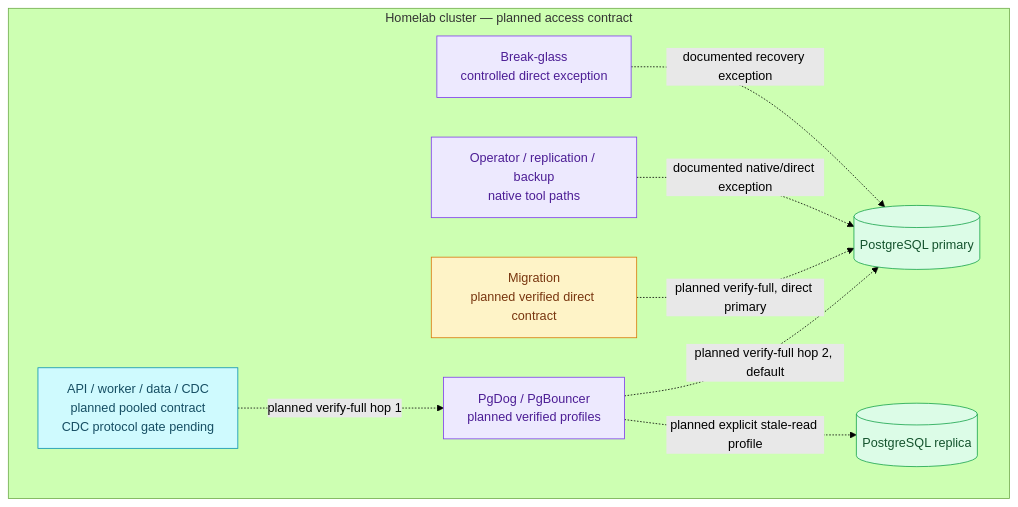
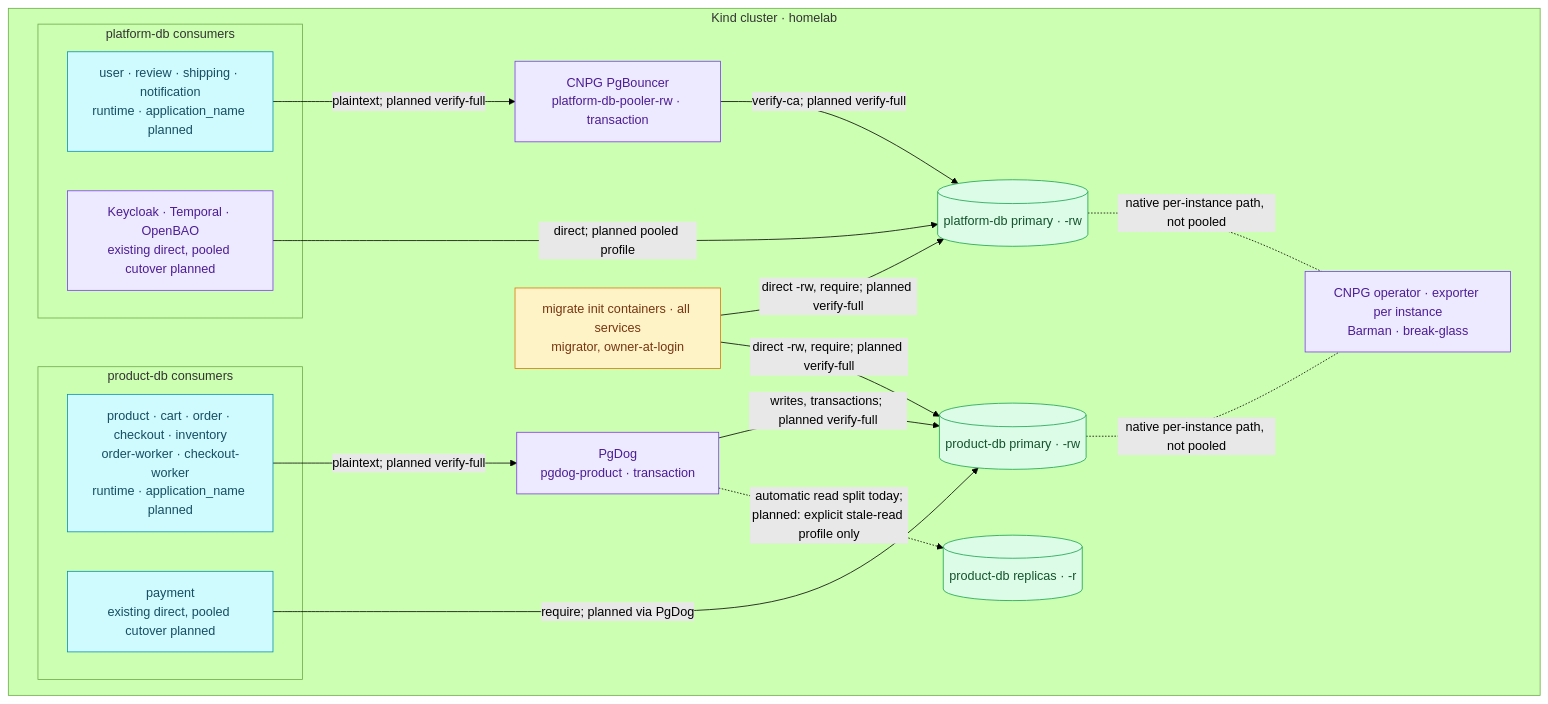
One commit to duynhlab/homelab changed the diagram in docs/proposals/rfc/RFC-0029/README.md. Above: the diagram before and after it, drawn with Mermaid (forest theme). The commit also changed other lines of this file and 1 other file, not shown here.

First line of the commit message:
Ground RFC-0029 access contract in today's state

````diff
--- a/docs/proposals/rfc/RFC-0029/README.md
+++ b/docs/proposals/rfc/RFC-0029/README.md
@@ -163,22 +185,37 @@
 ```mermaid
 flowchart TB
-    subgraph cluster["Homelab cluster — planned access contract"]
-        app["API / worker / data / CDC<br/>planned pooled contract<br/>CDC protocol gate pending"]:::service
-        mig["Migration<br/>planned verified direct contract"]:::worker
-        pool["PgDog / PgBouncer<br/>planned verified profiles"]:::platform
-        primary[("PostgreSQL primary")]:::data
-        replica[("PostgreSQL replica")]:::data
-        ops["Operator / replication / backup<br/>native tool paths"]:::platform
-        emergency["Break-glass<br/>controlled direct exception"]:::platform
-        app -. "planned verify-full hop 1" .-> pool
-        pool -. "planned verify-full hop 2, default" .-> primary
-        pool -. "planned explicit stale-read profile" .-> replica
-        mig -. "planned verify-full, direct primary" .-> primary
-        ops -. "documented native/direct exception" .-> primary
-        emergency -. "documented recovery exception" .-> primary
+    subgraph cluster["Kind cluster · homelab"]
+        subgraph prod["product-db consumers"]
+            pay["payment<br/>existing direct, pooled cutover planned"]:::service
+            prapi["product · cart · order · checkout · inventory<br/>order-worker · checkout-worker<br/>runtime · application_name planned"]:::service
+        end
+        mig["migrate init containers · all services<br/>migrator, owner-at-login"]:::worker
+        subgraph plat["platform-db consumers"]
+            papi["user · review · shipping · notification<br/>runtime · application_name planned"]:::service
+            pdirect["Keycloak · Temporal · OpenBAO<br/>existing direct, pooled cutover planned"]:::platform
+        end
+        pgd["PgDog<br/>pgdog-product · transaction"]:::platform
+        pgb["CNPG PgBouncer<br/>platform-db-pooler-rw · transaction"]:::platform
+        rrep[("product-db replicas · -r")]:::data
+        rprim[("product-db primary · -rw")]:::data
+        pprim[("platform-db primary · -rw")]:::data
+        ops["CNPG operator · exporter per instance<br/>Barman · break-glass"]:::platform
     end
+
+    papi -->|"plaintext; planned verify-full"| pgb
+    pgb -->|"verify-ca; planned verify-full"| pprim
+    prapi -->|"plaintext; planned verify-full"| pgd
+    pgd -->|"writes, transactions; planned verify-full"| rprim
+    pgd -. "automatic read split today;<br/>planned: explicit stale-read profile only" .-> rrep
+    pay -->|"require; planned via PgDog"| rprim
+    pdirect -->|"direct; planned pooled profile"| pprim
+    mig -->|"direct -rw, require; planned verify-full"| pprim
+    mig -->|"direct -rw, require; planned verify-full"| rprim
+    rprim -. "native per-instance path, not pooled" .- ops
+    pprim -. "native per-instance path, not pooled" .- ops
+
     classDef service fill:#cffafe,color:#164e63,stroke:#0891b2;
     classDef worker fill:#fef3c7,color:#78350f,stroke:#d97706;
     classDef platform fill:#ede9fe,color:#4c1d95,stroke:#7c3aed;
     classDef data fill:#dcfce7,color:#14532d,stroke:#16a34a;
 ```
````
